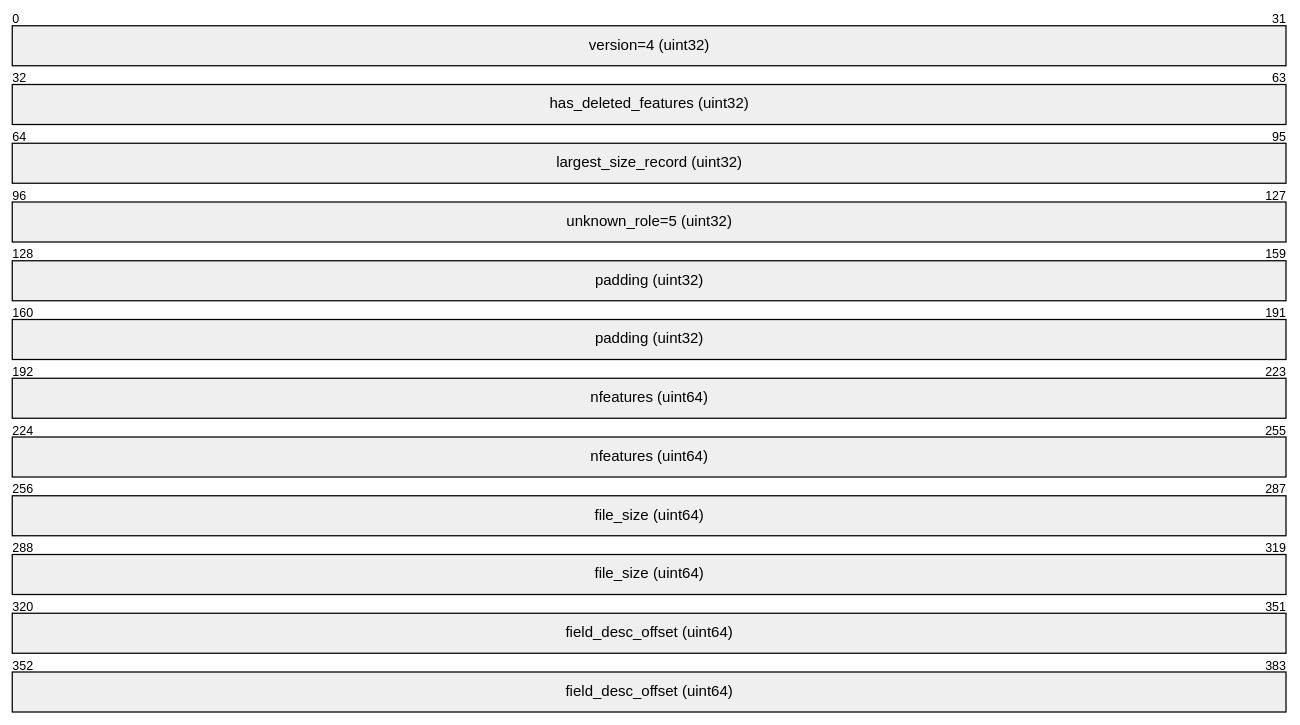
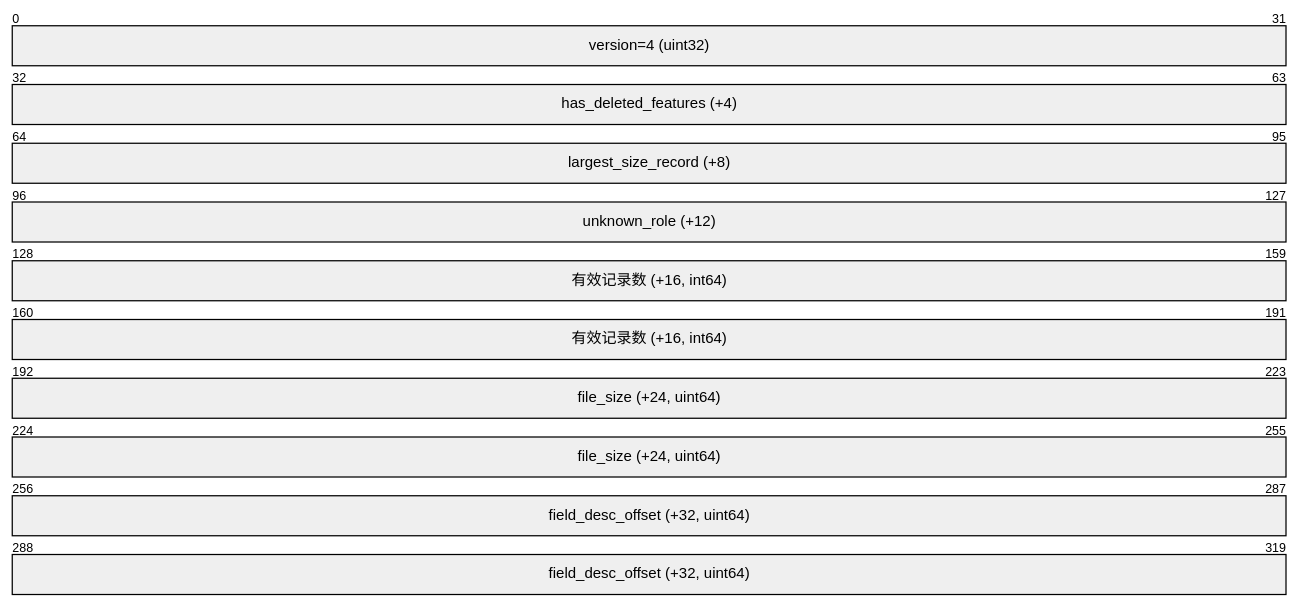
Before and after one commit to EdgarLQS/fast-gdb: the fifth of 37 diagrams in docs/gdb/08_GDB二进制格式图解教程.md, drawn with Mermaid. The commit also changed other lines of this file and 200 other files, not shown here.

````diff
--- a/docs/gdb/08_GDB二进制格式图解教程.md
+++ b/docs/gdb/08_GDB二进制格式图解教程.md
@@ -173,12 +173,10 @@
 ```mermaid
 packet-beta
   0-31: "version=4 (uint32)"
-  32-63: "has_deleted_features (uint32)"
-  64-95: "largest_size_record (uint32)"
-  96-127: "unknown_role=5 (uint32)"
-  128-159: "padding (uint32)"
-  160-191: "padding (uint32)"
-  192-255: "nfeatures (uint64)"
-  256-319: "file_size (uint64)"
-  320-383: "field_desc_offset (uint64)"
+  32-63: "has_deleted_features (+4)"
+  64-95: "largest_size_record (+8)"
+  96-127: "unknown_role (+12)"
+  128-191: "有效记录数 (+16, int64)"
+  192-255: "file_size (+24, uint64)"
+  256-319: "field_desc_offset (+32, uint64)"
 ```
````
